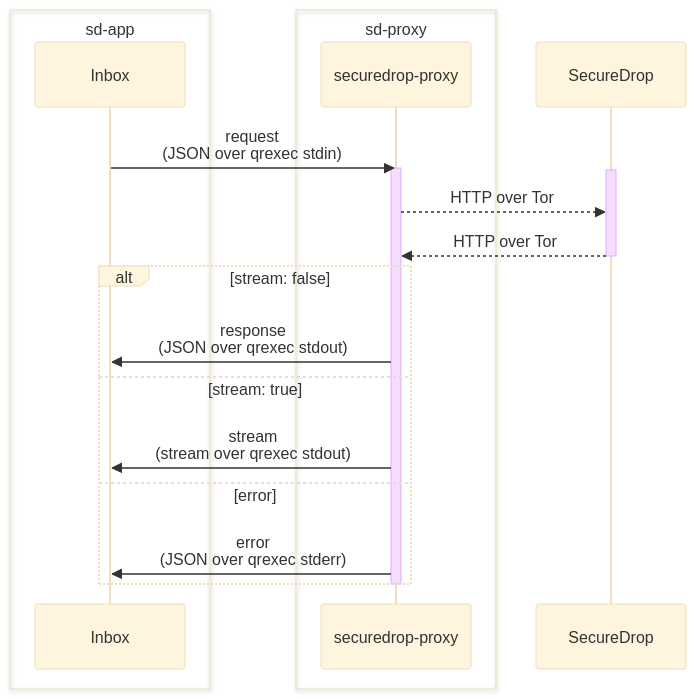
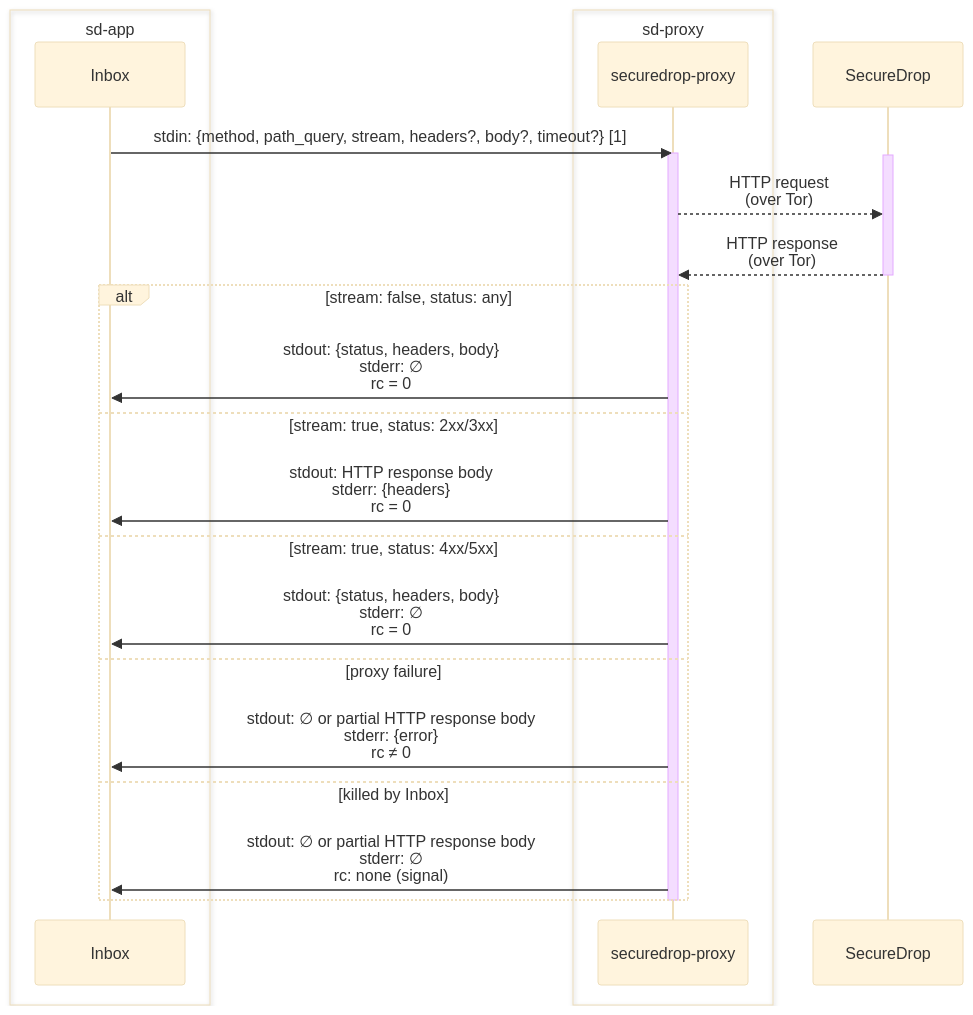
One commit to freedomofpress/securedrop-client changed the diagram in proxy/README.md. Above: the diagram before and after it, drawn with Mermaid (base theme). The commit also changed other lines of this file, not shown here.

Commit message:
docs: strictly specify the stdin/stdout/stderr/rc contract between the Inbox and the proxy

````diff
--- a/proxy/README.md
+++ b/proxy/README.md
@@ -40,28 +40,32 @@
 ```mermaid
 sequenceDiagram
 
 box sd-app
 participant c as Inbox
 end
 box sd-proxy
 participant p as securedrop-proxy
 end
 participant s as SecureDrop
 
-c ->> p: request<br>(JSON over qrexec stdin)
+c ->> p: stdin: {method, path_query, stream, headers?, body?, timeout?} [1]
 activate p
 activate s
-p -->> s: HTTP over Tor
-s -->> p: HTTP over Tor
+p -->> s: HTTP request<br>(over Tor)
+s -->> p: HTTP response<br>(over Tor)
 deactivate s
 
-alt stream: false
-p ->> c: response<br>(JSON over qrexec stdout)
-else stream: true
-p ->> c: stream<br>(stream over qrexec stdout)
-else error
-p ->> c: error<br>(JSON over qrexec stderr)
+alt stream: false, status: any
+p ->> c: stdout: {status, headers, body}<br>stderr: ∅<br>rc = 0
+else stream: true, status: 2xx/3xx
+p ->> c: stdout: HTTP response body<br>stderr: {headers}<br>rc = 0
+else stream: true, status: 4xx/5xx
+p ->> c: stdout: {status, headers, body}<br>stderr: ∅<br>rc = 0
+else proxy failure
+p ->> c: stdout: ∅ or partial HTTP response body<br>stderr: {error}<br>rc ≠ 0
+else killed by Inbox
+p ->> c: stdout: ∅ or partial HTTP response body<br>stderr: ∅<br>rc: none (signal)
 end
 
 deactivate p
 ```
````
